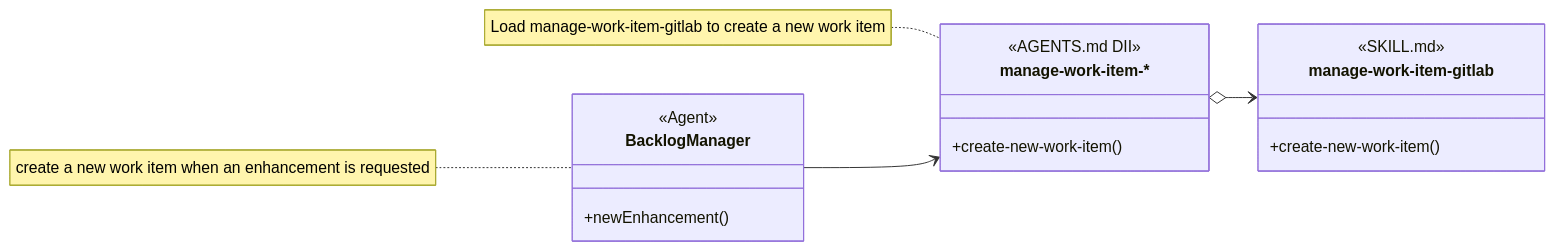
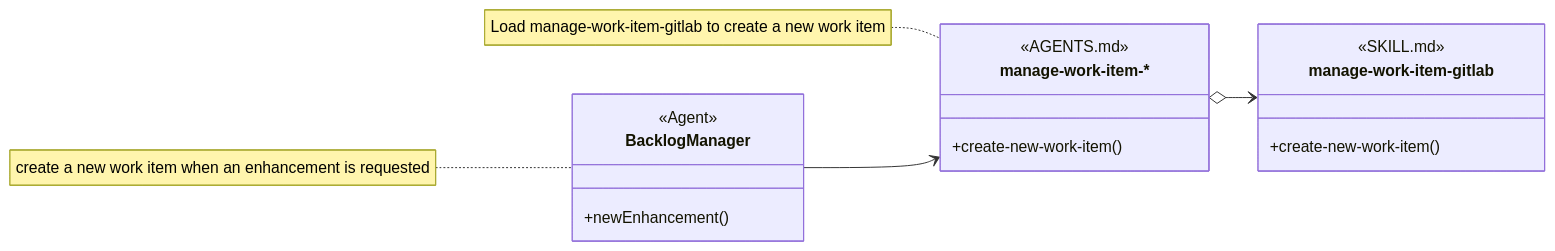
One commit to martinbechard/dev-methodology changed the sixth of 11 diagrams in design/object-oriented-agent-and-skill-model.md. Above: the diagram before and after it, drawn with Mermaid. The commit also changed other lines of this file and 2 other files, not shown here.

Commit message:
Simplify AGENTS.md diagram prototypes

````diff
--- a/design/object-oriented-agent-and-skill-model.md
+++ b/design/object-oriented-agent-and-skill-model.md
@@ -392,27 +392,27 @@
 ```mermaid
 classDiagram
     direction LR
 
     class BacklogManager {
         <<Agent>>
         +newEnhancement()
     }
 
     class manage-work-item["manage-work-item-*"] {
-        <<AGENTS.md DII>>
+        <<AGENTS.md>>
         <<abstract>>
         +create-new-work-item()
     }
 
     class manage-work-item-gitlab {
         <<SKILL.md>>
         <<Injectable Skill>>
         +create-new-work-item()
     }
 
     BacklogManager --> manage-work-item
     manage-work-item o--> manage-work-item-gitlab
 
     note for BacklogManager "create a new work item when an enhancement is requested"
     note for manage-work-item "Load manage-work-item-gitlab to create a new work item"
 ```
````
